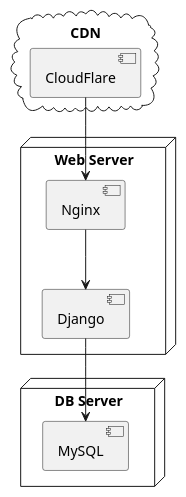
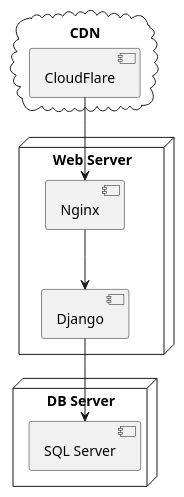
One commit to LUCASPY14/tita2026 changed diagram 14 of 19 in docs/COMPARATIVA_MERMAID_PLANTUML.md. Above: the diagram before and after it, drawn with PlantUML. The commit also changed other lines of this file and 15 other files, not shown here.

First line of the commit message:
docs(db): alinear documentación y diagramas a SQL Server titadb

````diff
--- a/docs/COMPARATIVA_MERMAID_PLANTUML.md
+++ b/docs/COMPARATIVA_MERMAID_PLANTUML.md
@@ -348,20 +348,20 @@
 ```plantuml
 @startuml
 node "Web Server" {
     component [Nginx]
     component [Django]
 }
 
 node "DB Server" {
-    database [MySQL]
+    database [SQL Server]
 }
 
 cloud "CDN" {
     component [CloudFlare]
 }
 
 [Nginx] --> [Django]
-[Django] --> [MySQL]
+[Django] --> [SQL Server]
 [CloudFlare] --> [Nginx]
 @enduml
 ```
````
